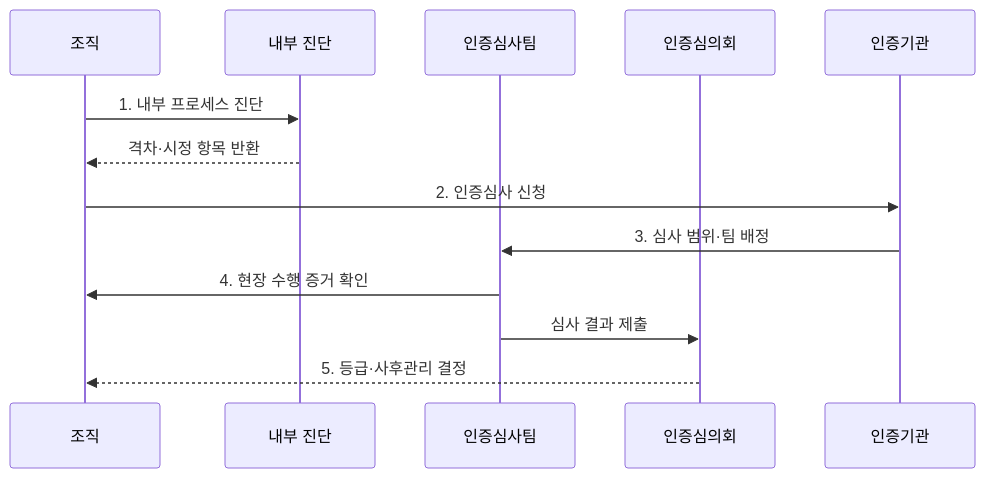
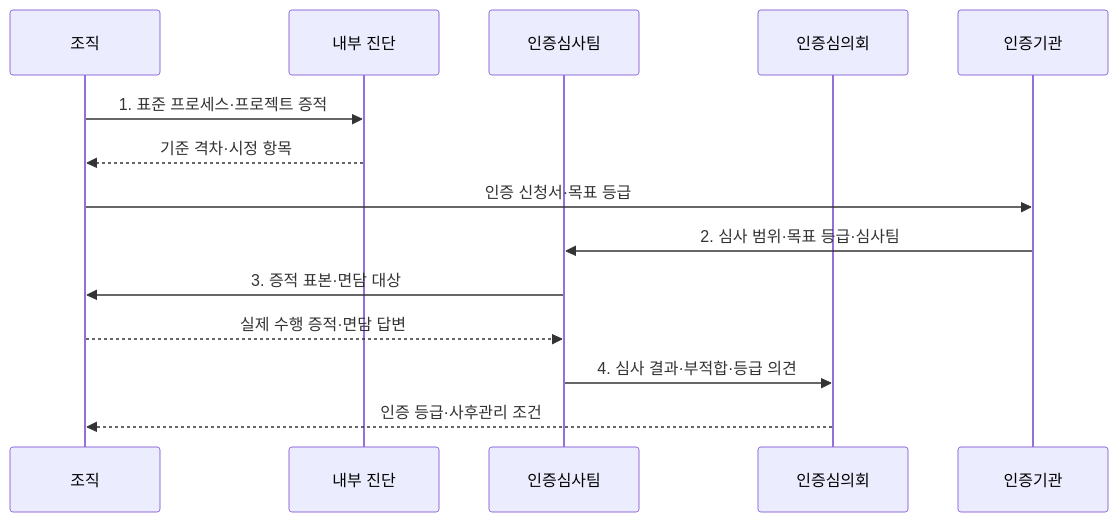
The second of 2 diagrams in src/content/docs/notes/03-software/080_sp_software_process_quality_certification.md (agnusdei1207/knowledge-base), drawn with Mermaid before and after one commit. The commit also changed other lines of this file and 20 other files, not shown here.

````diff
--- a/src/content/docs/notes/03-software/080_sp_software_process_quality_certification.md
+++ b/src/content/docs/notes/03-software/080_sp_software_process_quality_certification.md
@@ -81,15 +89,16 @@
 ```mermaid
 sequenceDiagram
     participant O as 조직
     participant D as 내부 진단
     participant A as 인증심사팀
     participant C as 인증심의회
     participant N as 인증기관
-    O->>D: 1. 내부 프로세스 진단
-    D-->>O: 격차·시정 항목 반환
-    O->>N: 2. 인증심사 신청
-    N->>A: 3. 심사 범위·팀 배정
-    A->>O: 4. 현장 수행 증거 확인
-    A->>C: 심사 결과 제출
-    C-->>O: 5. 등급·사후관리 결정
+    O->>D: 1. 표준 프로세스·프로젝트 증적
+    D-->>O: 기준 격차·시정 항목
+    O->>N: 인증 신청서·목표 등급
+    N->>A: 2. 심사 범위·목표 등급·심사팀
+    A->>O: 3. 증적 표본·면담 대상
+    O-->>A: 실제 수행 증적·면담 답변
+    A->>C: 4. 심사 결과·부적합·등급 의견
+    C-->>O: 인증 등급·사후관리 조건
 ```
````
